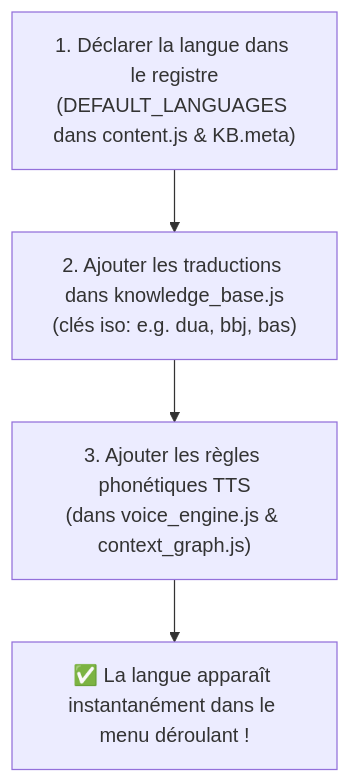
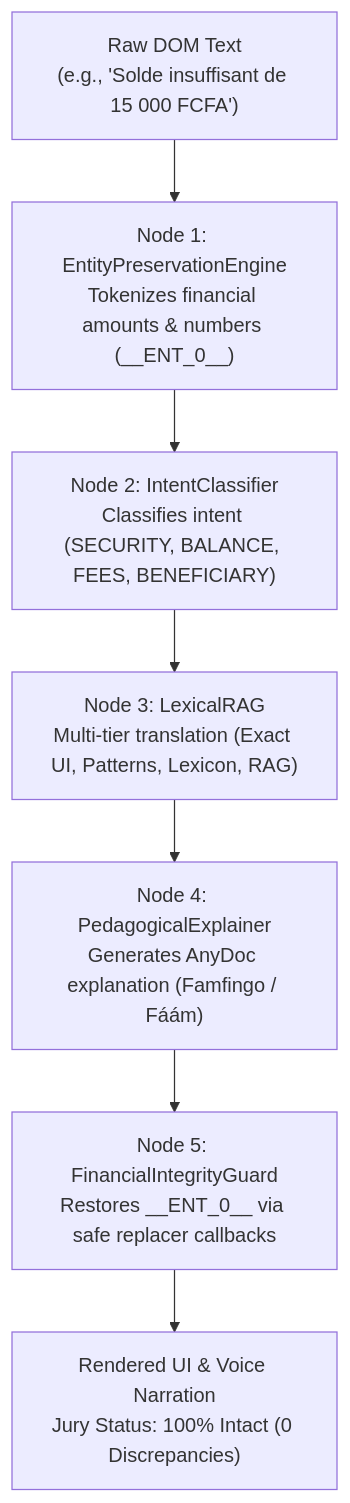
The first of 2 diagrams in DOCUMENTATION_COMPLETE_MALOBA_EKWALI_SAFINUM.md (MERLO-arm/MALOBA-SAFINUM), drawn with Mermaid before and after one commit. The commit also changed other lines of this file and 19 other files, not shown here.

````diff
--- a/DOCUMENTATION_COMPLETE_MALOBA_EKWALI_SAFINUM.md
+++ b/DOCUMENTATION_COMPLETE_MALOBA_EKWALI_SAFINUM.md
@@ -198,6 +167,9 @@
 ```mermaid
 flowchart TD
-    A["1. Déclarer la langue dans le registre\n(DEFAULT_LANGUAGES dans content.js & KB.meta)"] --> B["2. Ajouter les traductions dans knowledge_base.js\n(clés iso: e.g. dua, bbj, bas)"]
-    B --> C["3. Ajouter les règles phonétiques TTS\n(dans voice_engine.js & context_graph.js)"]
-    C --> D["✅ La langue apparaît instantanément dans le menu déroulant !"]
+    A["Raw DOM Text\n(e.g., 'Solde insuffisant de 15 000 FCFA')"] --> B["Node 1: EntityPreservationEngine\nTokenizes financial amounts & numbers (__ENT_0__)"]
+    B --> C["Node 2: IntentClassifier\nClassifies intent (SECURITY, BALANCE, FEES, BENEFICIARY)"]
+    C --> D["Node 3: LexicalRAG\nMulti-tier translation (Exact UI, Patterns, Lexicon, RAG)"]
+    D --> E["Node 4: PedagogicalExplainer\nGenerates AnyDoc explanation (Famfingo / Fáám)"]
+    E --> F["Node 5: FinancialIntegrityGuard\nRestores __ENT_0__ via safe replacer callbacks"]
+    F --> G["Rendered UI & Voice Narration\nJury Status: 100% Intact (0 Discrepancies)"]
 ```
````
